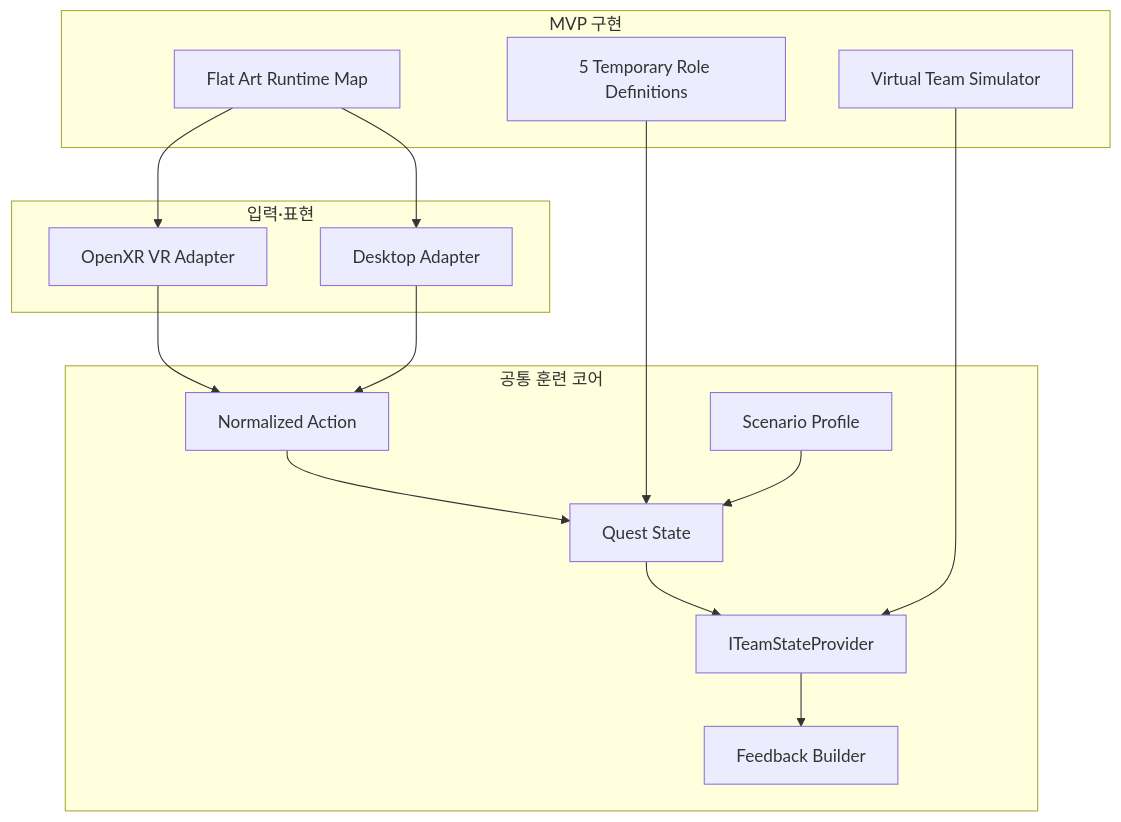
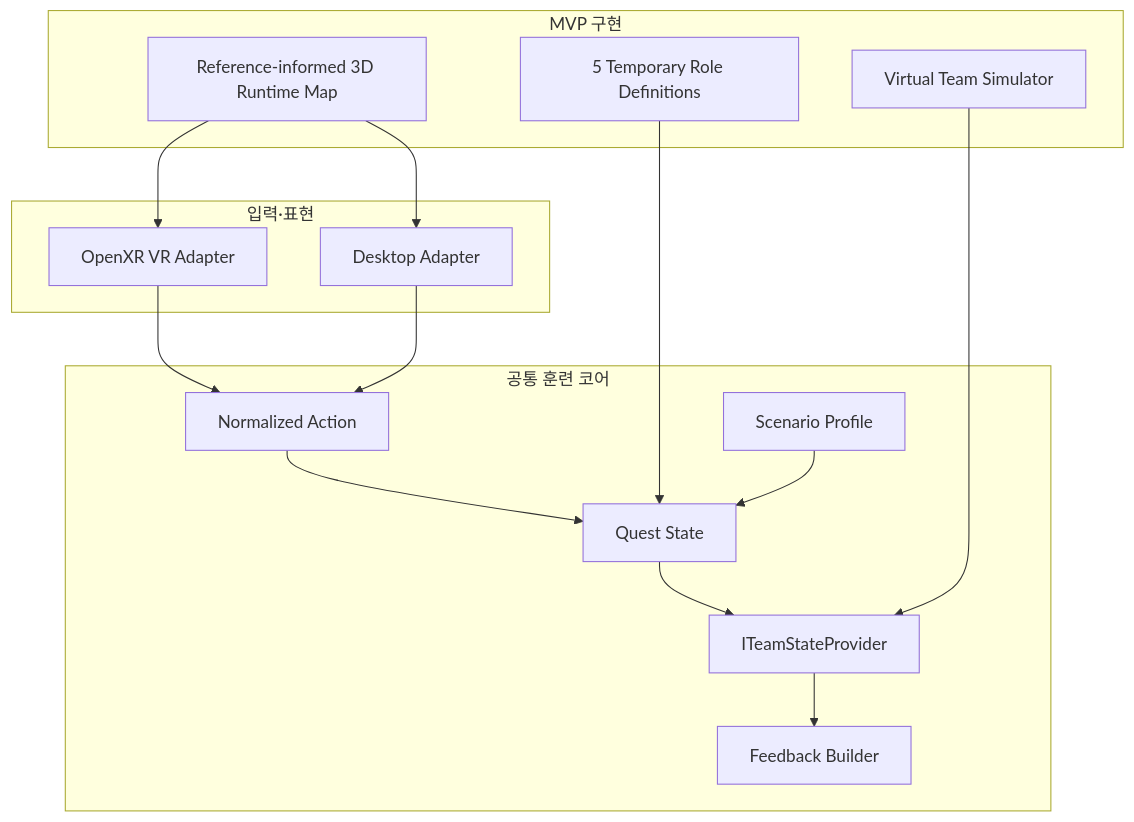
One commit to xrlab-dau/CHOOGuard changed the second of 4 diagrams in docs/choo-guard-platform-architecture-v4.md. Above: the diagram before and after it, drawn with Mermaid. The commit also changed other lines of this file and 19 other files, not shown here.

First line of the commit message:
feat(context): share project decisions and evidence through a portable graph

````diff
--- a/docs/choo-guard-platform-architecture-v4.md
+++ b/docs/choo-guard-platform-architecture-v4.md
@@ -51,32 +51,32 @@
 ```mermaid
 flowchart TB
   subgraph CLIENTS[입력·표현]
     VR[OpenXR VR Adapter]
     DESK[Desktop Adapter]
   end
 
   subgraph CORE[공통 훈련 코어]
     INPUT[Normalized Action]
     QUEST[Quest State]
     SCENE[Scenario Profile]
     TEAM[ITeamStateProvider]
     FEED[Feedback Builder]
   end
 
   subgraph MVP[MVP 구현]
     VTEAM[Virtual Team Simulator]
-    FLAT[Flat Art Runtime Map]
+    FLAT[Reference-informed 3D Runtime Map]
     DATA[5 Temporary Role Definitions]
   end
 
   VR --> INPUT
   DESK --> INPUT
   INPUT --> QUEST
   DATA --> QUEST
   SCENE --> QUEST
   QUEST --> TEAM
   VTEAM --> TEAM
   TEAM --> FEED
   FLAT --> VR
   FLAT --> DESK
 ```
````
